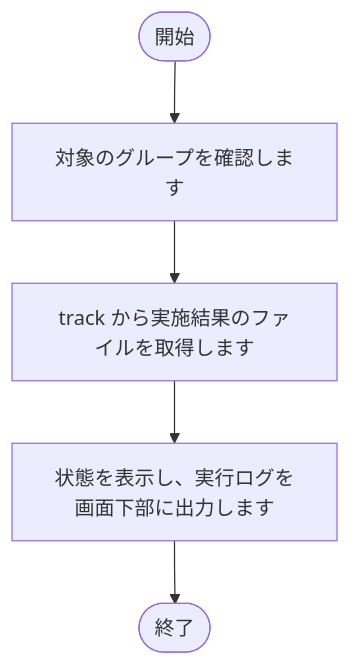
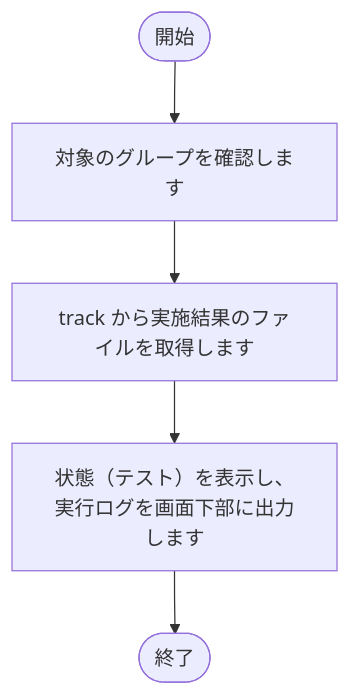
One commit to nishida2073/project_management changed the second of 28 diagrams in tool/track-aggregator/doc/02_設計/処理フロー.md. Above: the diagram before and after it, drawn with Mermaid. The commit also changed other lines of this file and 19 other files, not shown here.

````diff
--- a/tool/track-aggregator/doc/02_設計/処理フロー.md
+++ b/tool/track-aggregator/doc/02_設計/処理フロー.md
@@ -70,12 +72,12 @@
 ```mermaid
 flowchart TD
     S(["開始"])
     E(["終了"])
     N1["対象のグループを確認します"]
     S --> N1
     N2["track から実施結果のファイルを取得します"]
     N1 --> N2
-    N3["状態を表示し、実行ログを画面下部に出力します"]
+    N3["状態（テスト）を表示し、実行ログを画面下部に出力します"]
     N2 --> N3
     N3 --> E
 ```
````
